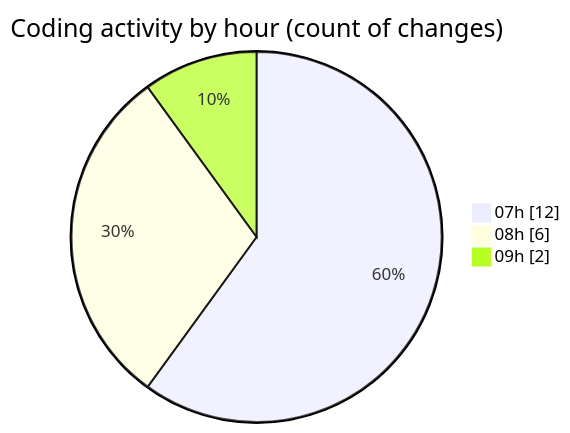
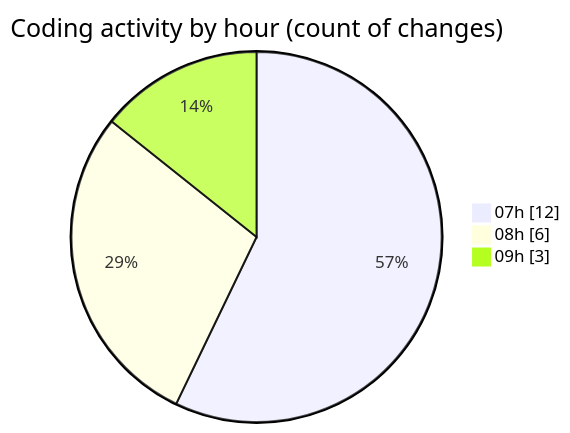
Before and after one commit to nxtqubesakshisongat/code-tracking: the second of 2 diagrams in 2026-02-23/nxtqube_webapp/README.md, drawn with Mermaid. The commit also changed other lines of this file and 1 other file, not shown here.

````diff
--- a/2026-02-23/nxtqube_webapp/README.md
+++ b/2026-02-23/nxtqube_webapp/README.md
@@ -29,7 +29,7 @@
 ```mermaid
 pie showData
 title Coding activity by hour (count of changes)
 "07h" : 12
 "08h" : 6
-"09h" : 2
+"09h" : 3
 ```
````
